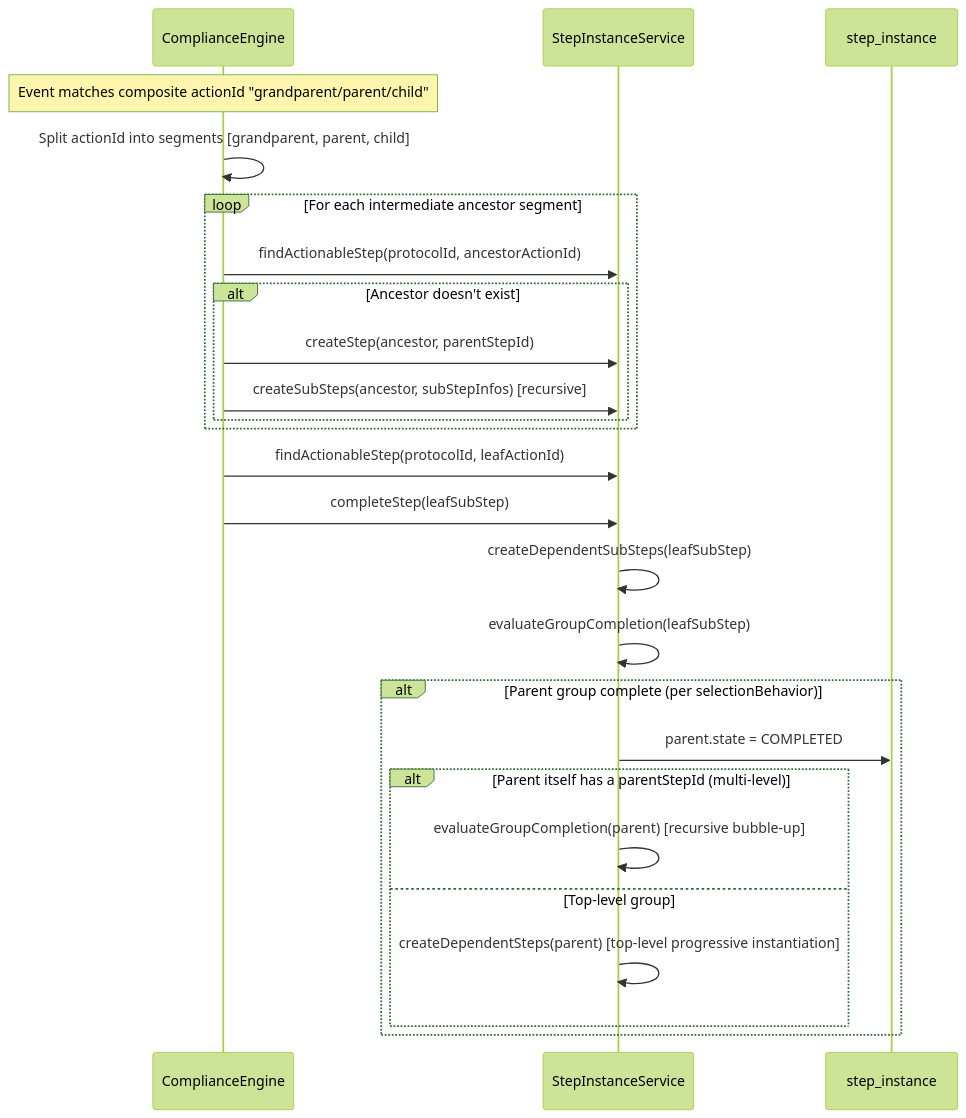
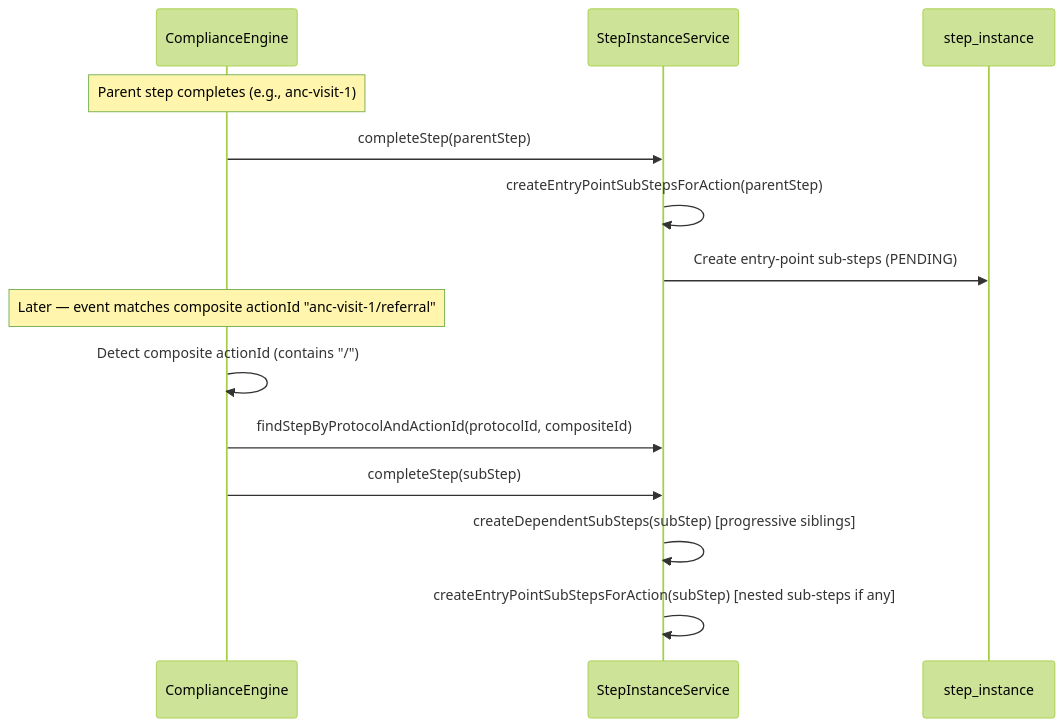
Before and after one commit to Jayaprakash8887/cce-compliance-service: the ninth of 9 diagrams in docs/architecture-overview.md, drawn with Mermaid (forest theme). The commit also changed other lines of this file and 13 other files, not shown here.

````diff
--- a/docs/architecture-overview.md
+++ b/docs/architecture-overview.md
@@ -688,30 +664,18 @@
 ```mermaid
 sequenceDiagram
     participant Engine as ComplianceEngine
     participant SIS as StepInstanceService
     participant DB as step_instance
 
-    Note over Engine: Event matches composite actionId "grandparent/parent/child"
-    Engine->>Engine: Split actionId into segments [grandparent, parent, child]
+    Note over Engine: Parent step completes (e.g., anc-visit-1)
+    Engine->>SIS: completeStep(parentStep)
+    SIS->>SIS: createEntryPointSubStepsForAction(parentStep)
+    SIS->>DB: Create entry-point sub-steps (PENDING)
     
-    loop For each intermediate ancestor segment
-        Engine->>SIS: findActionableStep(protocolId, ancestorActionId)
-        alt Ancestor doesn't exist
-            Engine->>SIS: createStep(ancestor, parentStepId)
-            Engine->>SIS: createSubSteps(ancestor, subStepInfos) [recursive]
-        end
-    end
-    
-    Engine->>SIS: findActionableStep(protocolId, leafActionId)
-    Engine->>SIS: completeStep(leafSubStep)
-    SIS->>SIS: createDependentSubSteps(leafSubStep)
-    SIS->>SIS: evaluateGroupCompletion(leafSubStep)
-    alt Parent group complete (per selectionBehavior)
-        SIS->>DB: parent.state = COMPLETED
-        alt Parent itself has a parentStepId (multi-level)
-            SIS->>SIS: evaluateGroupCompletion(parent) [recursive bubble-up]
-        else Top-level group
-            SIS->>SIS: createDependentSteps(parent) [top-level progressive instantiation]
-        end
-    end
+    Note over Engine: Later — event matches composite actionId "anc-visit-1/referral"
+    Engine->>Engine: Detect composite actionId (contains "/")
+    Engine->>SIS: findStepByProtocolAndActionId(protocolId, compositeId)
+    Engine->>SIS: completeStep(subStep)
+    SIS->>SIS: createDependentSubSteps(subStep) [progressive siblings]
+    SIS->>SIS: createEntryPointSubStepsForAction(subStep) [nested sub-steps if any]
 ```
````
